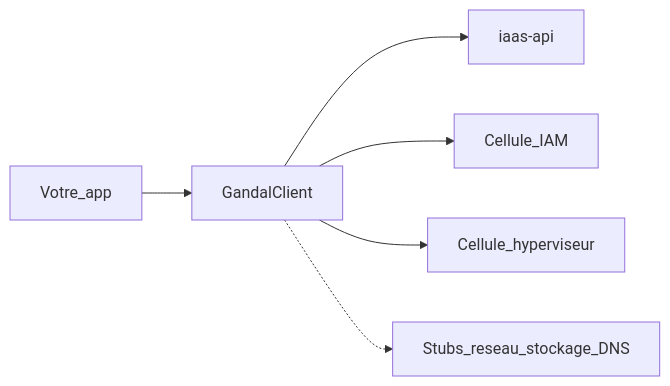
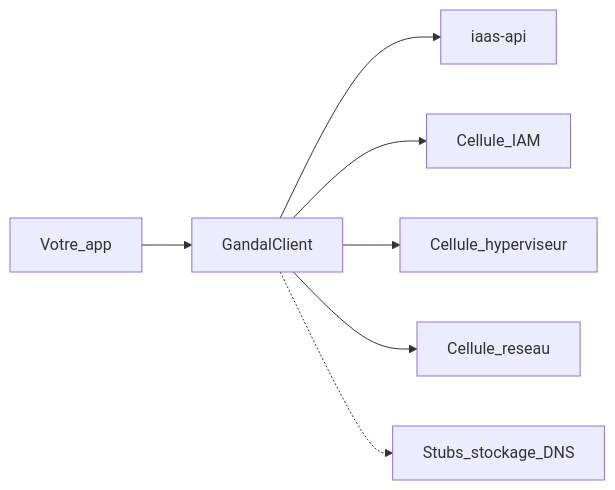
One commit to Zenbx/GANDAL-SDK changed the diagram in docs/guide/architecture.md. Above: the diagram before and after it, drawn with Mermaid. The commit also changed other lines of this file and 21 other files, not shown here.

````diff
--- a/docs/guide/architecture.md
+++ b/docs/guide/architecture.md
@@ -5,15 +5,17 @@
 ```mermaid
 flowchart LR
   app[Votre_app]
   sdk[GandalClient]
   orch[iaas-api]
   iam[Cellule_IAM]
   hv[Cellule_hyperviseur]
-  stubs[Stubs_reseau_stockage_DNS]
+  net[Cellule_reseau]
+  stubs[Stubs_stockage_DNS]
 
   app --> sdk
   sdk --> orch
   sdk --> iam
   sdk --> hv
+  sdk --> net
   sdk -.-> stubs
 ```
````
